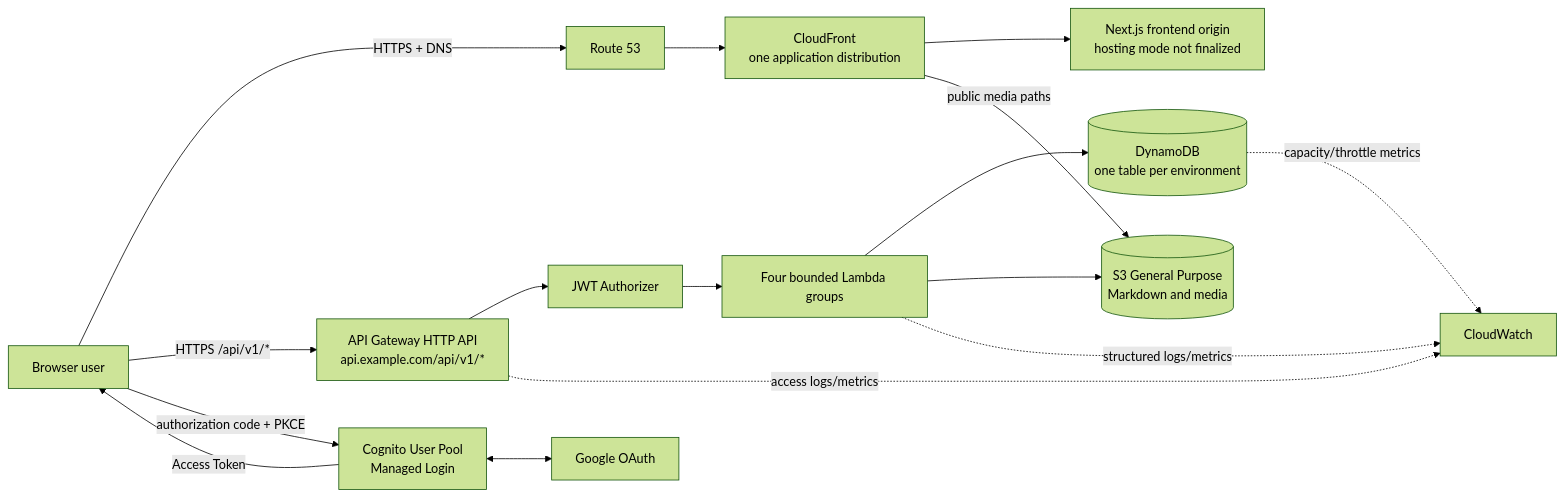
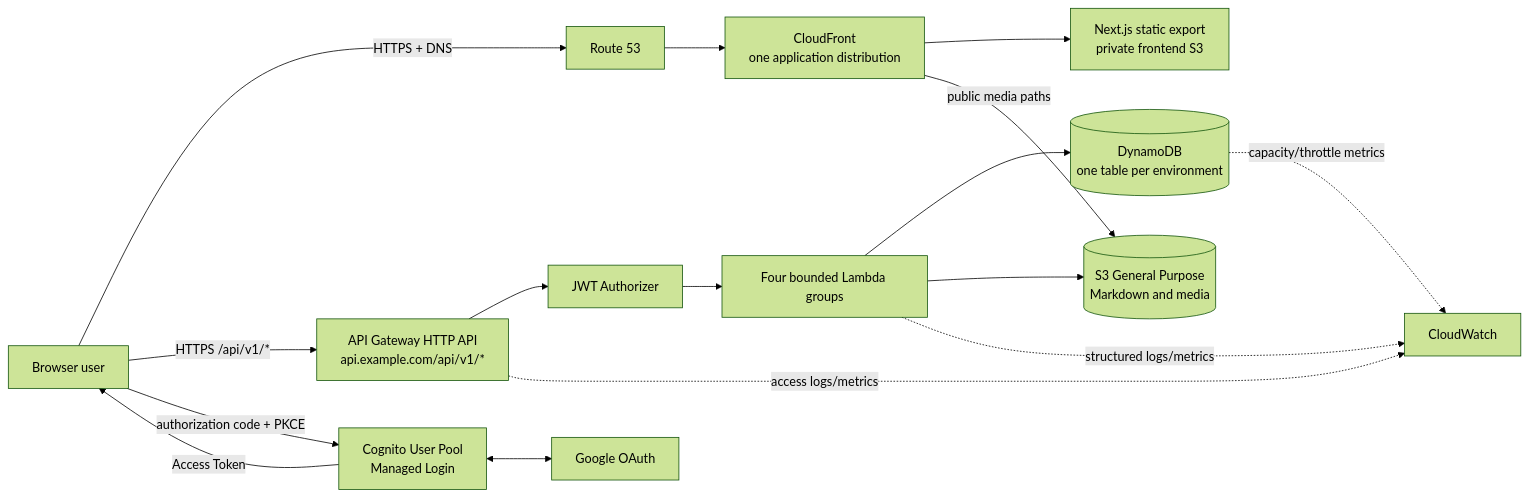
Before and after one commit to ptmkhanh29/aws-learning-journal: the first of 3 diagrams in docs/AWS_ARCHITECTURE.md, drawn with Mermaid (forest theme). The commit also changed other lines of this file and 3 other files, not shown here.

Commit message:
docs: define V1 infrastructure architecture

````diff
--- a/docs/AWS_ARCHITECTURE.md
+++ b/docs/AWS_ARCHITECTURE.md
@@ -19,30 +20,30 @@
 ```mermaid
 flowchart LR
     User[Browser user]
     DNS[Route 53]
     CF[CloudFront<br/>one application distribution]
-    FE[Next.js frontend origin<br/>hosting mode not finalized]
+    FE[Next.js static export<br/>private frontend S3]
     API[API Gateway HTTP API<br/>api.example.com/api/v1/*]
     JWT[JWT Authorizer]
     L[Four bounded Lambda groups]
     DDB[(DynamoDB<br/>one table per environment)]
     S3[(S3 General Purpose<br/>Markdown and media)]
     Cognito[Cognito User Pool<br/>Managed Login]
     Google[Google OAuth]
     CW[CloudWatch]
 
     User -->|HTTPS + DNS| DNS
     DNS --> CF
     CF --> FE
     CF -->|public media paths| S3
     User -->|HTTPS /api/v1/*| API
     API --> JWT --> L
     L --> DDB
     L --> S3
     User -->|authorization code + PKCE| Cognito
     Cognito <--> Google
     Cognito -->|Access Token| User
     API -. access logs/metrics .-> CW
     L -. structured logs/metrics .-> CW
     DDB -. capacity/throttle metrics .-> CW
 ```
````
